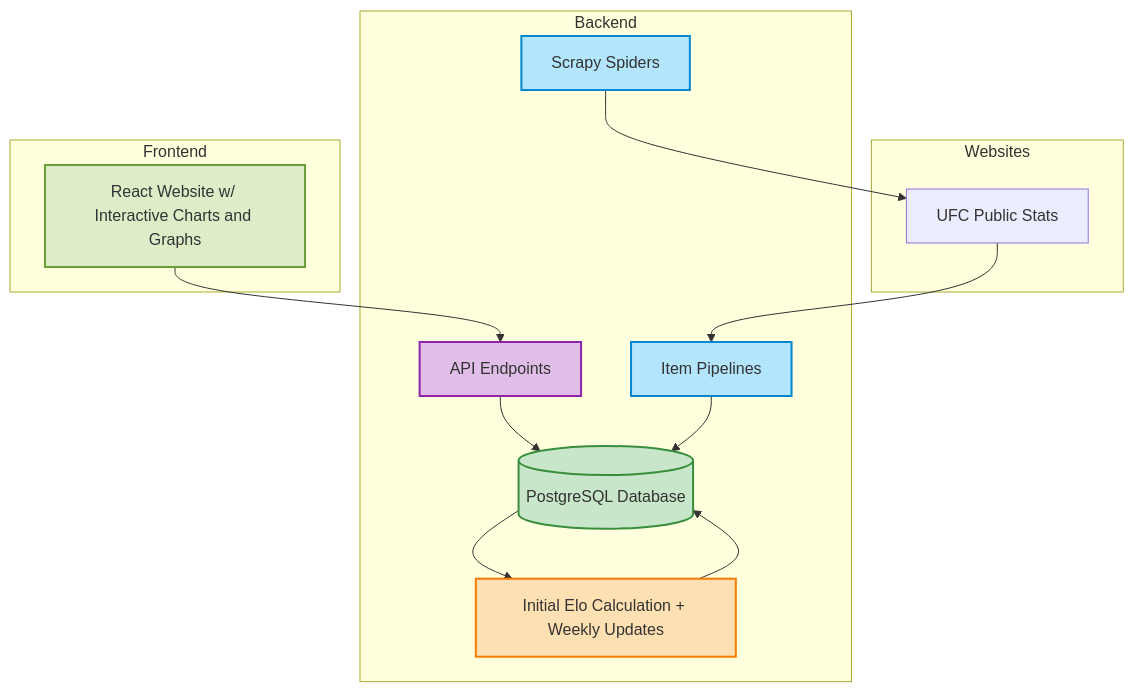
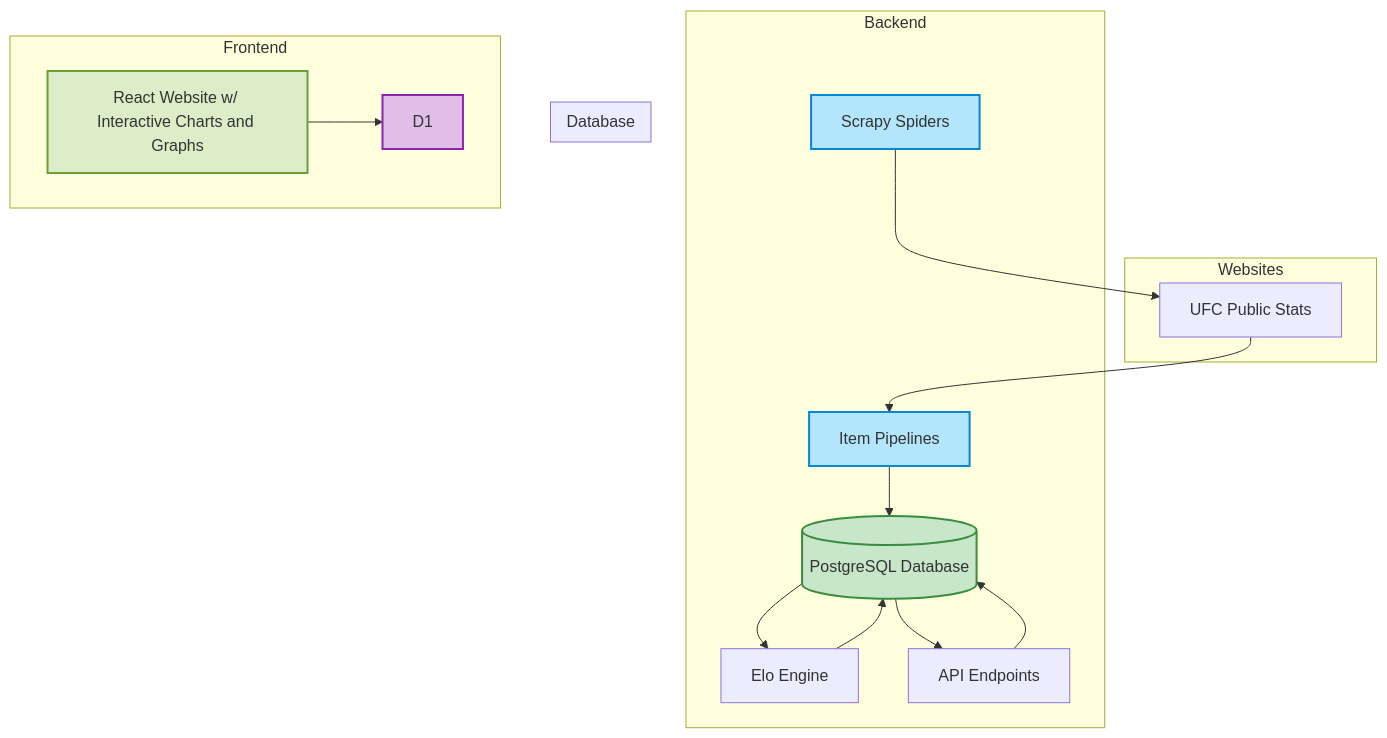
The diagram in README.md (alpinedev51/mma-elo-engine-py), drawn with Mermaid before and after one commit.

````diff
--- a/README.md
+++ b/README.md
@@ -52,39 +52,43 @@
 ```mermaid
 flowchart TD
 
     subgraph Websites
         W1[UFC Public Stats]
     end
 
     subgraph Backend
         A1[Scrapy Spiders] --> W1
         W1 --> A2[Item Pipelines]
+        A2 --> B1
+        A3[Elo Engine] --> B1
+        A4[API Endpoints] --> B1
         click A1 "Scrapy Spiders regularly crawl MMA websites for fighter data."
         click A2 "Pipelines process and store the fighter data into the database."
-        B1[(PostgreSQL Database)] --> C1[Initial Elo Calculation + Weekly Updates]
-        C1 --> B1
-        D1[API Endpoints] --> B1
-        click B1 "PostgreSQL database houses fighter data and Elo scores."
-        click C1 "A weekly job calculates and updates Elo ratings."
-        click D1 "APIs provide access to stored data."
+        click A3 "Elo engine processes data in database and updates Elo scores."
+        click A4 "APIs provide access to database via CRUD operations."
+    end
+
+    subgraph Database
+        B1[(PostgreSQL Database)] --> A3
+        B1 --> A4
+        click B1 "PostgreSQL database stores and handles fighter data and Elo scores."
     end
 
     subgraph Frontend
         E1[React Website w/ Interactive Charts and Graphs] --> D1
-        click E1 "Data is displayed on a React-based frontend."
+        click E1 "Provides UI for interacting with Backend API."
+        click E1 "Data is displayed in a React-based frontend."
     end
-
-    A2 --> B1
 
     classDef blue fill:#B3E5FC,stroke:#0288D1,stroke-width:2px;
     classDef green fill:#C8E6C9,stroke:#388E3C,stroke-width:2px;
     classDef orange fill:#FFE0B2,stroke:#F57C00,stroke-width:2px;
     classDef purple fill:#E1BEE7,stroke:#8E24AA,stroke-width:2px;
     classDef lightgreen fill:#DCEDC8,stroke:#689F38,stroke-width:2px;
 
     class A1,A2 blue;
     class B1 green;
     class C1 orange;
     class D1 purple;
     class E1 lightgreen;
 ```
````
